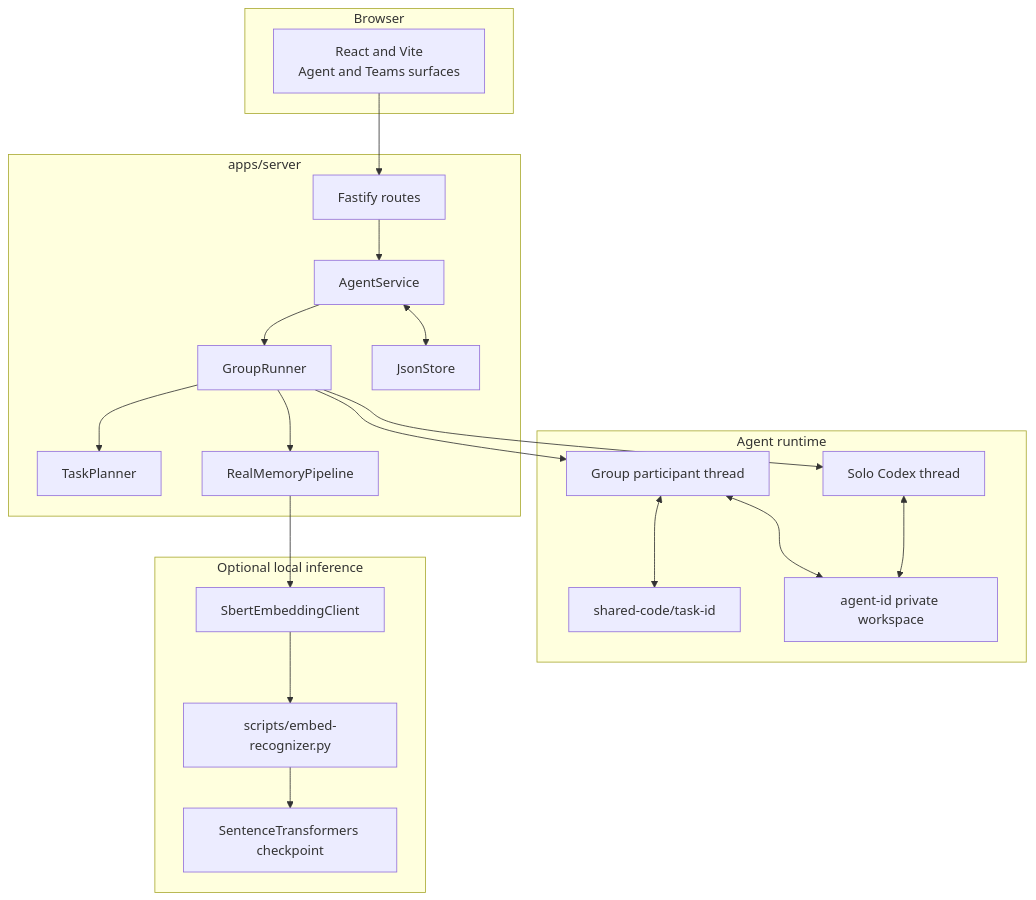
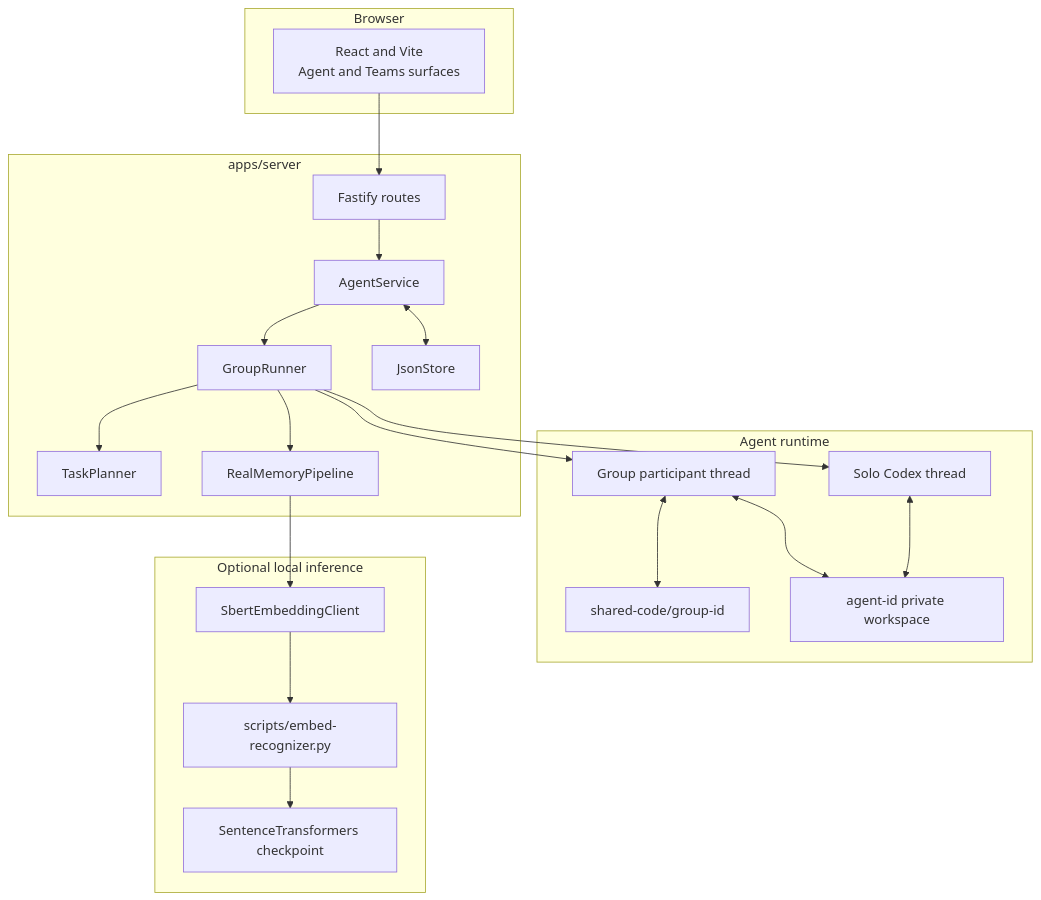
Before and after one commit to rjustyn1/tikitaka: the second of 5 diagrams in finaldocs/ARCHITECTURE.md, drawn with Mermaid. The commit also changed other lines of this file and 19 other files, not shown here.

````diff
--- a/finaldocs/ARCHITECTURE.md
+++ b/finaldocs/ARCHITECTURE.md
@@ -47,40 +47,40 @@
 ```mermaid
 flowchart TB
     subgraph Browser
         Web["React and Vite<br/>Agent and Teams surfaces"]
     end
 
     subgraph Server["apps/server"]
         Http["Fastify routes"]
         Domain["AgentService"]
         Group["GroupRunner"]
         Plan["TaskPlanner"]
         Pipeline["RealMemoryPipeline"]
         Data["JsonStore"]
     end
 
     subgraph AgentRuntime["Agent runtime"]
         Solo["Solo Codex thread"]
         Participant["Group participant thread"]
-        Code["shared-code/task-id"]
+        Code["shared-code/group-id"]
         Space["agent-id private workspace"]
     end
 
     subgraph LocalInference["Optional local inference"]
         Adapter["SbertEmbeddingClient"]
         Bridge["scripts/embed-recognizer.py"]
         Checkpoint["SentenceTransformers checkpoint"]
     end
 
     Web --> Http --> Domain
     Domain --> Group
     Group --> Plan
     Group --> Pipeline
     Domain <--> Data
     Group --> Solo
     Group --> Participant
     Participant <--> Code
     Solo <--> Space
     Participant <--> Space
     Pipeline --> Adapter --> Bridge --> Checkpoint
 ```
````
